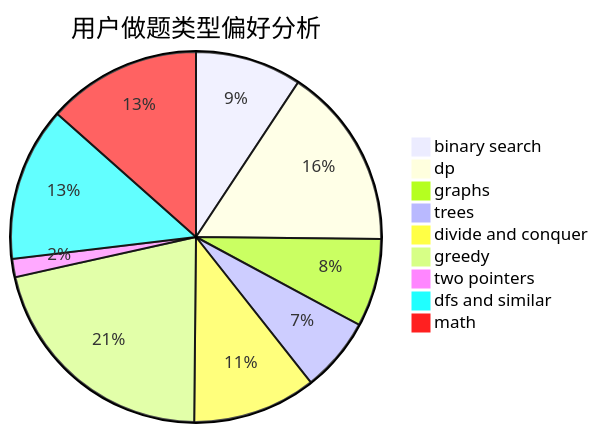
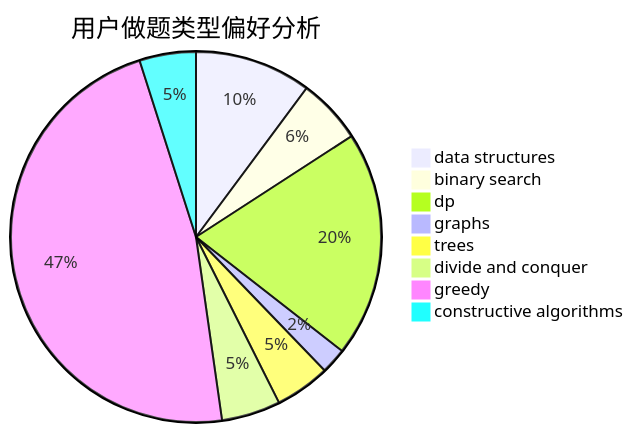
The second of 3 diagrams in docs/user/u1994.md (sherpahu/cfrs.github.io), drawn with Mermaid before and after one commit. The commit also changed other lines of this file and 2775 other files, not shown here.

````diff
--- a/docs/user/u1994.md
+++ b/docs/user/u1994.md
@@ -23,12 +23,11 @@
 ```mermaid
 pie title 用户做题类型偏好分析
-    "binary search" :  210
-    "dp" :  359
-    "graphs" :  174
-    "trees" :  147
-    "divide and conquer" :  244
-    "greedy" :  483
-    "two pointers" :  36
-    "dfs and similar" :  304
-    "math" :  304
+    "data structures" :  95
+    "binary search" :  53
+    "dp" :  184
+    "graphs" :  21
+    "trees" :  45
+    "divide and conquer" :  48
+    "greedy" :  442
+    "constructive algorithms" :  46
 ```
````
